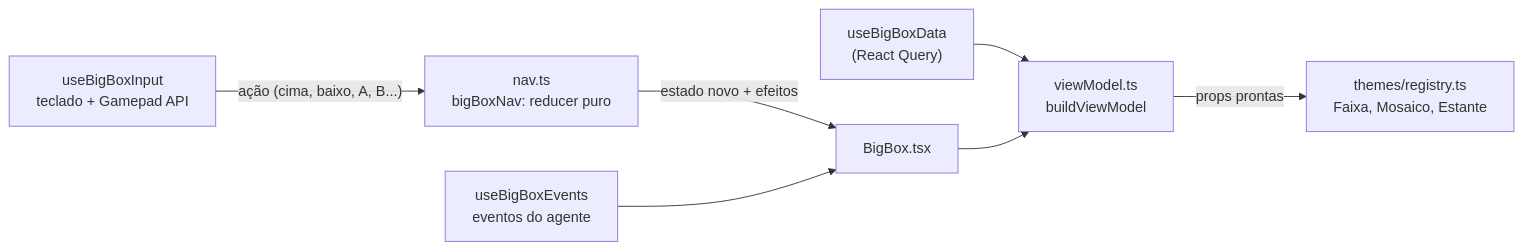
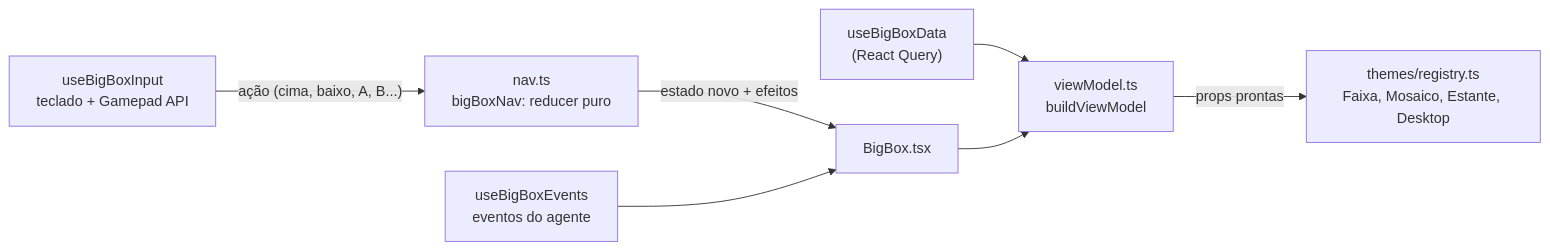
The eighth of 9 diagrams in docs/GUIA-DO-PROJETO.md (angelo848/arcadia), drawn with Mermaid before and after one commit. The commit also changed other lines of this file and 8 other files, not shown here.

````diff
--- a/docs/GUIA-DO-PROJETO.md
+++ b/docs/GUIA-DO-PROJETO.md
@@ -722,9 +722,9 @@
 ```mermaid
 flowchart LR
     IN["useBigBoxInput<br/>teclado + Gamepad API"] -->|"ação (cima, baixo, A, B...)"| NAV["nav.ts<br/>bigBoxNav: reducer puro"]
     NAV -->|"estado novo + efeitos"| BB["BigBox.tsx"]
     DATA["useBigBoxData<br/>(React Query)"] --> VM["viewModel.ts<br/>buildViewModel"]
     BB --> VM
-    VM -->|"props prontas"| TH["themes/registry.ts<br/>Faixa, Mosaico, Estante"]
+    VM -->|"props prontas"| TH["themes/registry.ts<br/>Faixa, Mosaico, Estante, Desktop"]
     EV["useBigBoxEvents<br/>eventos do agente"] --> BB
 ```
````
